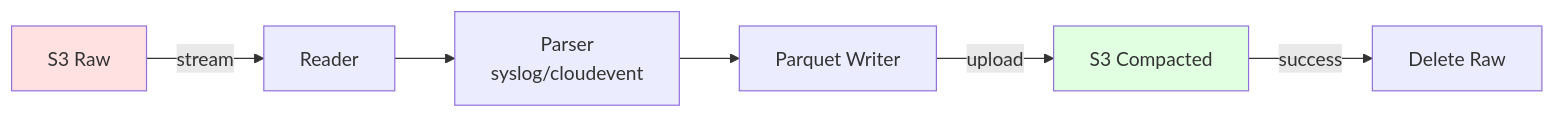
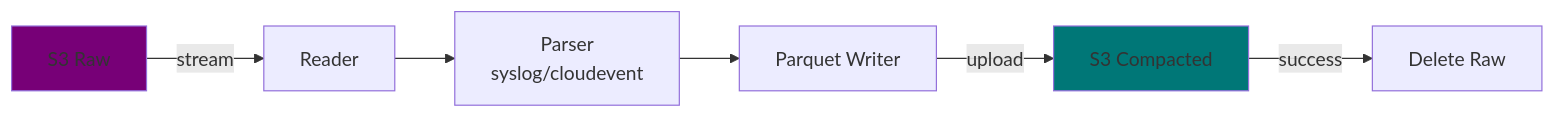
The second of 6 diagrams in docs/ARCHITECTURE.md (OpenCHAMI/legendary-funicular), drawn with Mermaid before and after one commit. The commit also changed other lines of this file and 11 other files, not shown here.

````diff
--- a/docs/ARCHITECTURE.md
+++ b/docs/ARCHITECTURE.md
@@ -159,11 +143,11 @@
 ```mermaid
 graph LR
     A[S3 Raw] -->|stream| B[Reader]
     B --> C[Parser<br/>syslog/cloudevent]
     C --> D[Parquet Writer]
     D -->|upload| E[S3 Compacted]
     E -->|success| F[Delete Raw]
 
-    style A fill:#ffe1e1
-    style E fill:#e1ffe1
+    style A fill:#770077
+    style E fill:#007777
 ```
````
